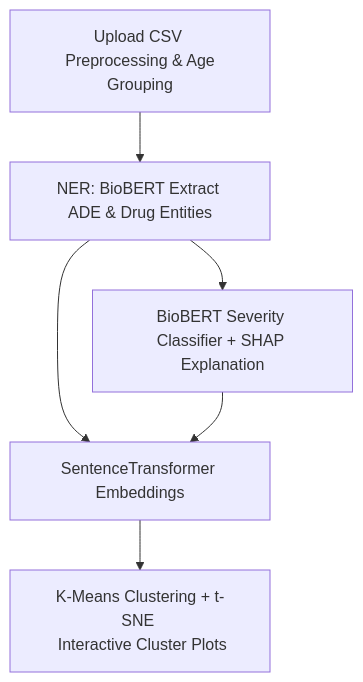
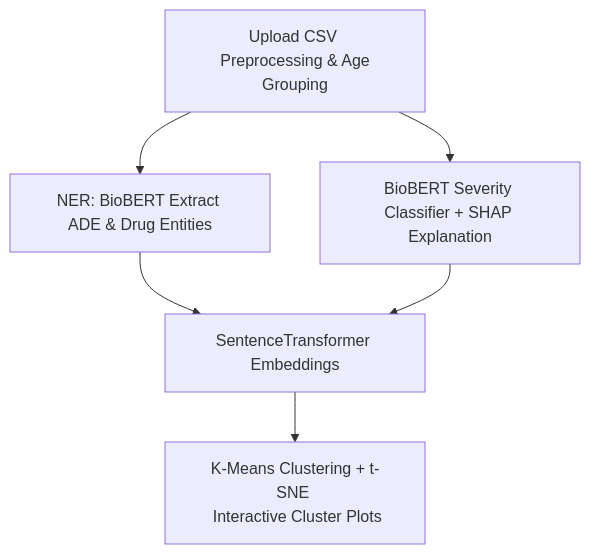
Before and after one commit to Sugiuma/ADEGuard: the fourth of 4 diagrams in README.md, drawn with Mermaid.

````diff
--- a/README.md
+++ b/README.md
@@ -224,15 +224,15 @@
 ```mermaid
 flowchart TD
     A[Upload CSV <br> Preprocessing & Age Grouping]
 
     A --> C[NER: BioBERT Extract ADE & Drug Entities]
 
-    C --> D[BioBERT Severity Classifier + SHAP Explanation]
+    A --> D[BioBERT Severity Classifier + SHAP Explanation]
 
     C --> E[SentenceTransformer Embeddings]
     D --> E
 
     E --> F[K-Means Clustering + t-SNE <br> Interactive Cluster Plots]
    
    
 ```
````
